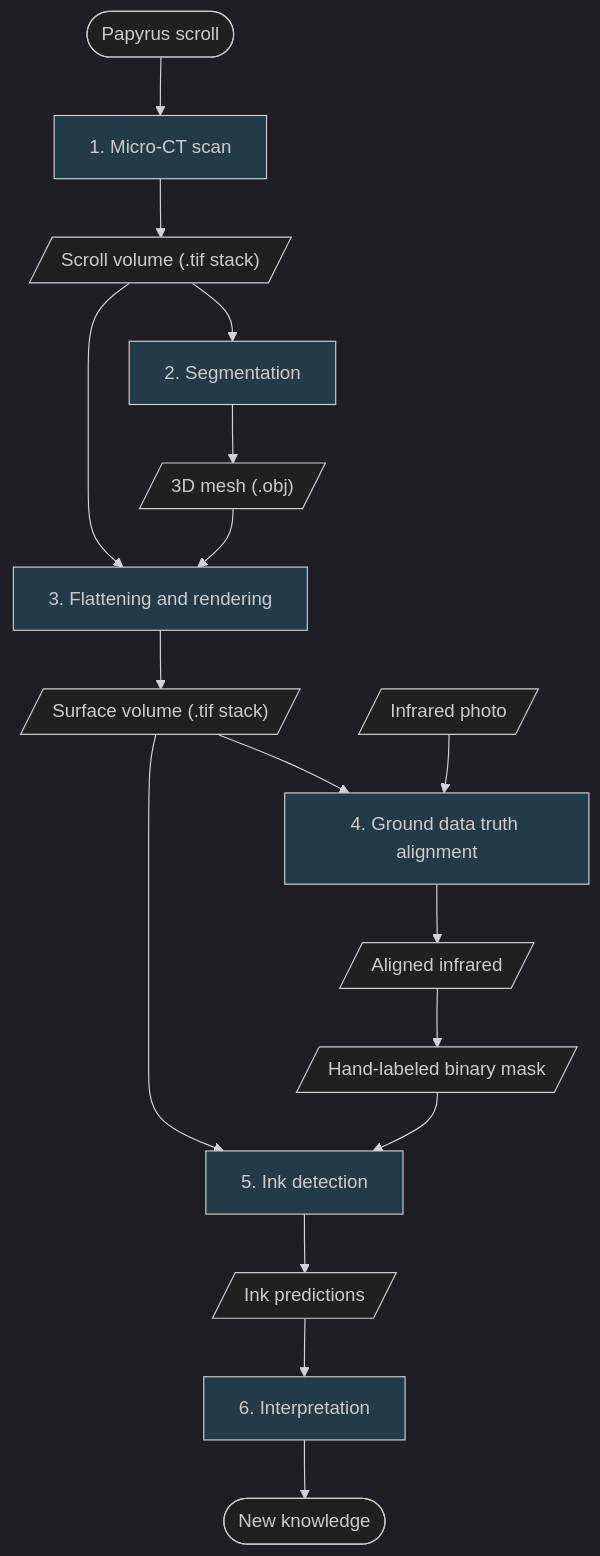
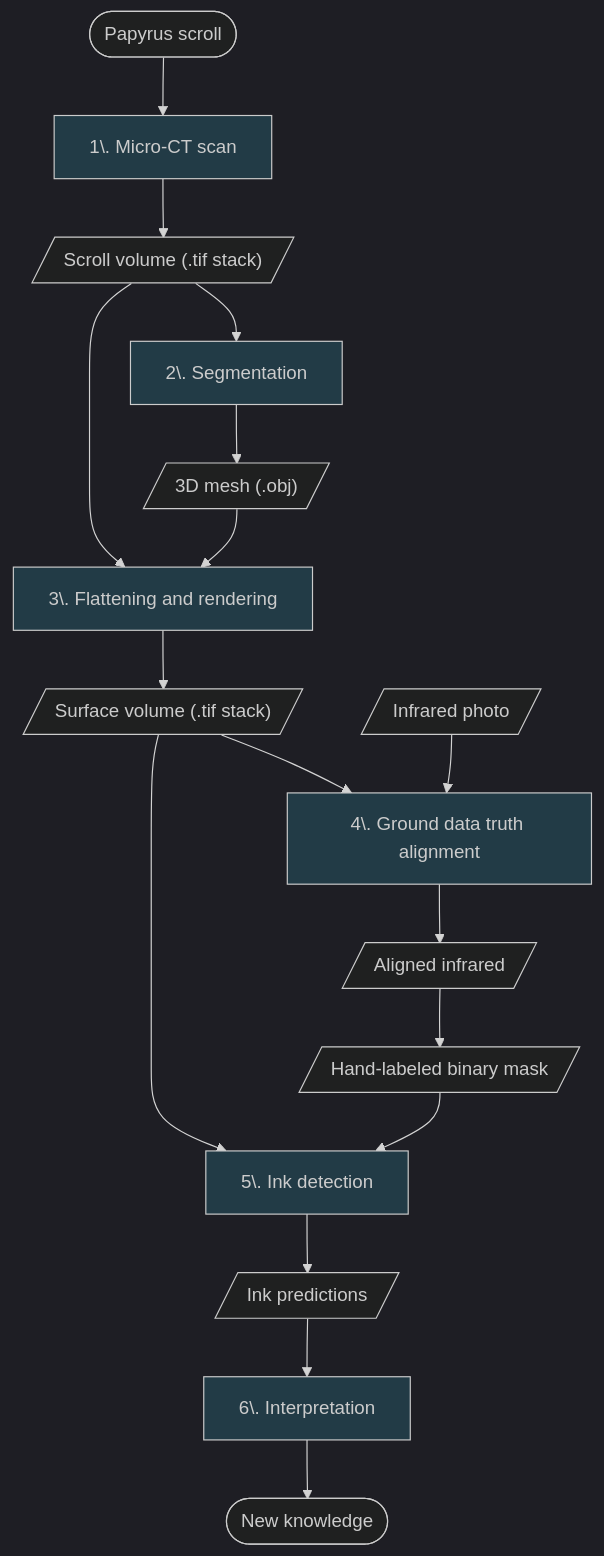
Before and after one commit to SuperOptimizer/villa: the diagram in scrollprize.org/docs/03_tutorial.md, drawn with Mermaid.

Commit message:
Update 03_tutorial.md (#531)

````diff
--- a/scrollprize.org/docs/03_tutorial.md
+++ b/scrollprize.org/docs/03_tutorial.md
@@ -187,28 +187,28 @@
 ```mermaid
 %%{init: {'theme':'dark'}}%%
 graph TD
 
 classDef substep fill:#223B46
 
-Scanning["1. Micro-CT scan"]:::substep
+Scanning["1\. Micro-CT scan"]:::substep
 Papyrus([Papyrus scroll]) --> Scanning --> tif[/"Scroll volume (.tif stack)"/]
 
-Segmentation["2. Segmentation"]:::substep
+Segmentation["2\. Segmentation"]:::substep
 tif --> Segmentation --> obj[/"3D mesh (.obj)"/]
 
-Volumes["3. Flattening and rendering"]:::substep
+Volumes["3\. Flattening and rendering"]:::substep
 tif --> Volumes
 obj --> Volumes
 Volumes --> surfVol[/"Surface volume (.tif stack)"/]
 
-Alignment["4. Ground data truth alignment"]:::substep
+Alignment["4\. Ground data truth alignment"]:::substep
 Infrared[/Infrared photo/] --> Alignment --> alInf[/Aligned infrared/] --> labels[/Hand-labeled binary mask/]
 surfVol --> Alignment
 
-Ink["5. Ink detection"]:::substep
+Ink["5\. Ink detection"]:::substep
 surfVol --> Ink
 labels --> Ink --> predInk[/Ink predictions/]
 
-Interpretation["6. Interpretation"]:::substep
+Interpretation["6\. Interpretation"]:::substep
 predInk --> Interpretation --> Knowledge([New knowledge])
 ```
````
